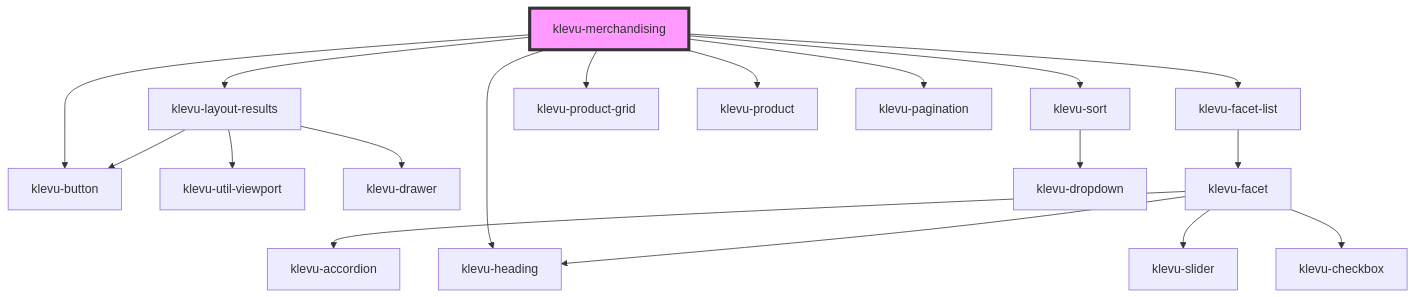
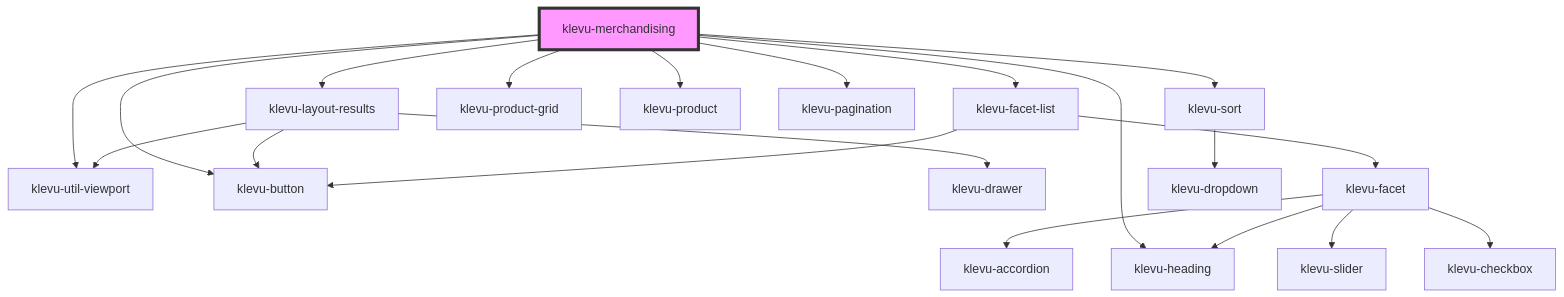
One commit to klevultd/frontend-sdk changed the diagram in packages/klevu-ui/src/components/klevu-merchandising/readme.md. Above: the diagram before and after it, drawn with Mermaid. The commit also changed other lines of this file and 25 other files, not shown here.

````diff
--- a/packages/klevu-ui/src/components/klevu-merchandising/readme.md
+++ b/packages/klevu-ui/src/components/klevu-merchandising/readme.md
@@ -34,21 +35,23 @@
 ```mermaid
 graph TD;
+  klevu-merchandising --> klevu-util-viewport
   klevu-merchandising --> klevu-layout-results
   klevu-merchandising --> klevu-facet-list
   klevu-merchandising --> klevu-heading
   klevu-merchandising --> klevu-sort
   klevu-merchandising --> klevu-product-grid
   klevu-merchandising --> klevu-product
   klevu-merchandising --> klevu-pagination
   klevu-merchandising --> klevu-button
   klevu-layout-results --> klevu-util-viewport
   klevu-layout-results --> klevu-drawer
   klevu-layout-results --> klevu-button
   klevu-facet-list --> klevu-facet
+  klevu-facet-list --> klevu-button
   klevu-facet --> klevu-accordion
   klevu-facet --> klevu-heading
   klevu-facet --> klevu-slider
   klevu-facet --> klevu-checkbox
   klevu-sort --> klevu-dropdown
   style klevu-merchandising fill:#f9f,stroke:#333,stroke-width:4px
 ```
````
